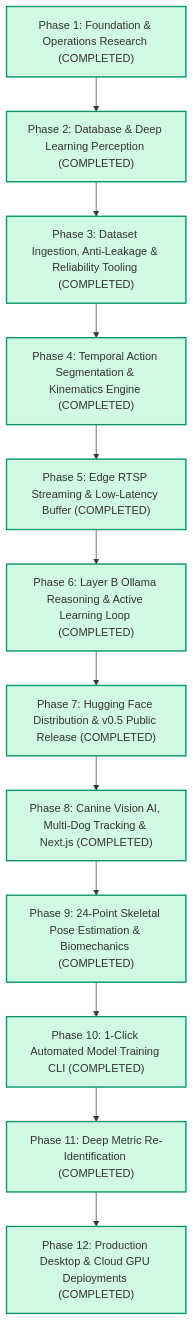
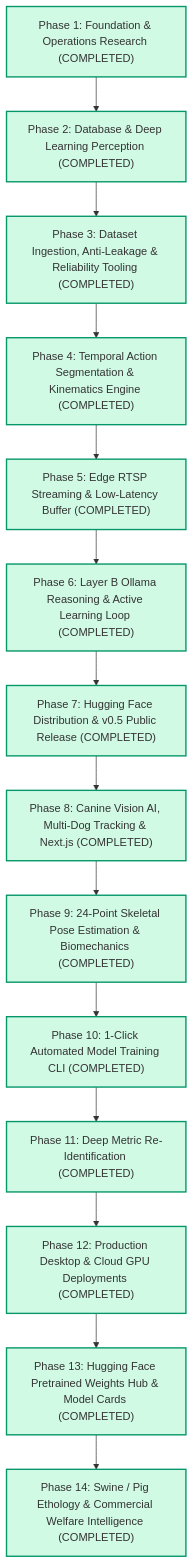
The diagram in docs/07_waterfall_execution_pipeline.md (cvrvai/AnimalLens), drawn with Mermaid before and after one commit. The commit also changed other lines of this file, not shown here.

Commit message:
docs: synchronize Phase 14 Swine Ethology into repository and Notion Waterfall Pipeline

````diff
--- a/docs/07_waterfall_execution_pipeline.md
+++ b/docs/07_waterfall_execution_pipeline.md
@@ -11,27 +11,31 @@
 ```mermaid
 flowchart TD
     P1["Phase 1: Foundation & Operations Research (COMPLETED)"] --> P2["Phase 2: Database & Deep Learning Perception (COMPLETED)"]
     P2 --> P3["Phase 3: Dataset Ingestion, Anti-Leakage & Reliability Tooling (COMPLETED)"]
     P3 --> P4["Phase 4: Temporal Action Segmentation & Kinematics Engine (COMPLETED)"]
     P4 --> P5["Phase 5: Edge RTSP Streaming & Low-Latency Buffer (COMPLETED)"]
     P5 --> P6["Phase 6: Layer B Ollama Reasoning & Active Learning Loop (COMPLETED)"]
     P6 --> P7["Phase 7: Hugging Face Distribution & v0.5 Public Release (COMPLETED)"]
     P7 --> P8["Phase 8: Canine Vision AI, Multi-Dog Tracking & Next.js (COMPLETED)"]
     P8 --> P9["Phase 9: 24-Point Skeletal Pose Estimation & Biomechanics (COMPLETED)"]
     P9 --> P10["Phase 10: 1-Click Automated Model Training CLI (COMPLETED)"]
     P10 --> P11["Phase 11: Deep Metric Re-Identification (COMPLETED)"]
     P11 --> P12["Phase 12: Production Desktop & Cloud GPU Deployments (COMPLETED)"]
+    P12 --> P13["Phase 13: Hugging Face Pretrained Weights Hub & Model Cards (COMPLETED)"]
+    P13 --> P14["Phase 14: Swine / Pig Ethology & Commercial Welfare Intelligence (COMPLETED)"]
 
     style P1 fill:#d1fae5,stroke:#059669,stroke-width:2px;
     style P2 fill:#d1fae5,stroke:#059669,stroke-width:2px;
     style P3 fill:#d1fae5,stroke:#059669,stroke-width:2px;
     style P4 fill:#d1fae5,stroke:#059669,stroke-width:2px;
     style P5 fill:#d1fae5,stroke:#059669,stroke-width:2px;
     style P6 fill:#d1fae5,stroke:#059669,stroke-width:2px;
     style P7 fill:#d1fae5,stroke:#059669,stroke-width:2px;
     style P8 fill:#d1fae5,stroke:#059669,stroke-width:2px;
     style P9 fill:#d1fae5,stroke:#059669,stroke-width:2px;
     style P10 fill:#d1fae5,stroke:#059669,stroke-width:2px;
     style P11 fill:#d1fae5,stroke:#059669,stroke-width:2px;
     style P12 fill:#d1fae5,stroke:#059669,stroke-width:2px;
+    style P13 fill:#d1fae5,stroke:#059669,stroke-width:2px;
+    style P14 fill:#d1fae5,stroke:#059669,stroke-width:2px;
 ```
````
